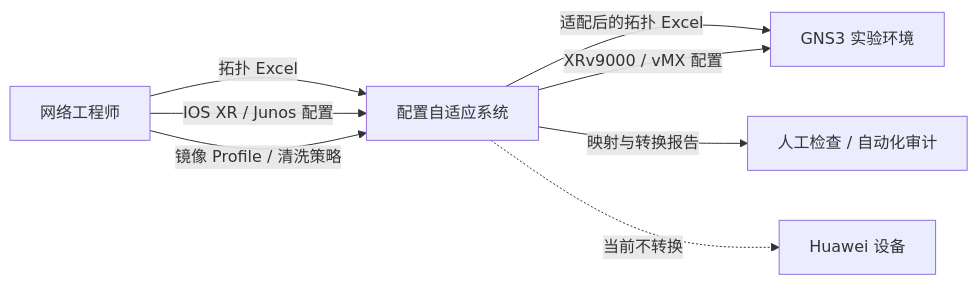
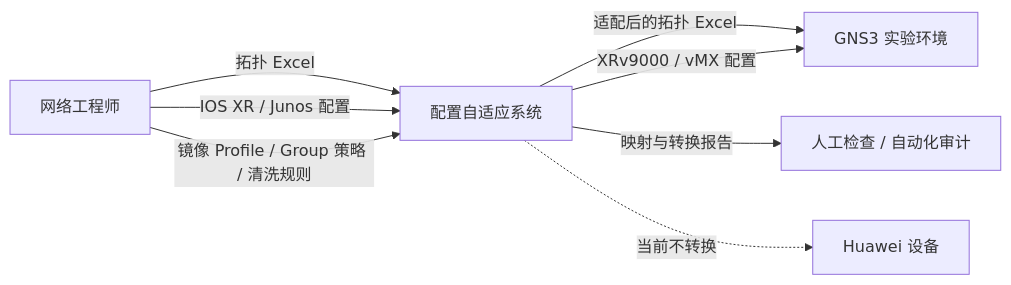
One commit to xiaobaozi01/config-mapping changed the first of 12 diagrams in docs/onboarding-guide.md. Above: the diagram before and after it, drawn with Mermaid. The commit also changed other lines of this file and 28 other files, not shown here.

````diff
--- a/docs/onboarding-guide.md
+++ b/docs/onboarding-guide.md
@@ -22,12 +22,12 @@
 ```mermaid
 flowchart LR
     Operator[网络工程师] -->|拓扑 Excel| Adaptor[配置自适应系统]
     Operator -->|IOS XR / Junos 配置| Adaptor
-    Operator -->|镜像 Profile / 清洗策略| Adaptor
+    Operator -->|镜像 Profile / Group 策略 / 清洗规则| Adaptor
 
     Adaptor -->|适配后的拓扑 Excel| GNS3[GNS3 实验环境]
     Adaptor -->|XRv9000 / vMX 配置| GNS3
     Adaptor -->|映射与转换报告| Audit[人工检查 / 自动化审计]
 
     Adaptor -.当前不转换.-> Huawei[Huawei 设备]
 ```
````
